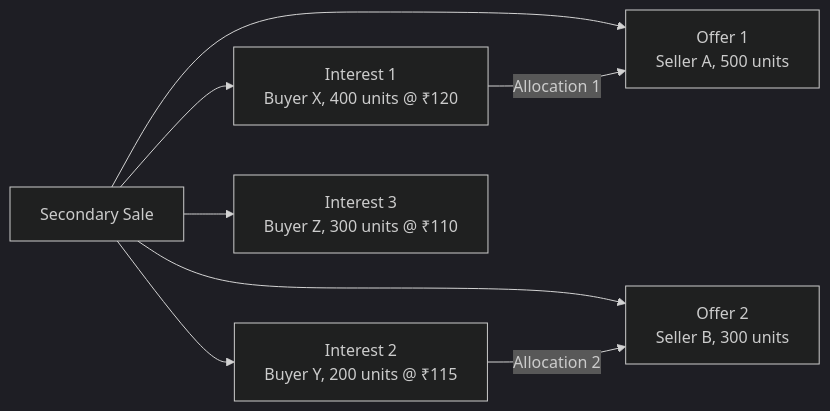
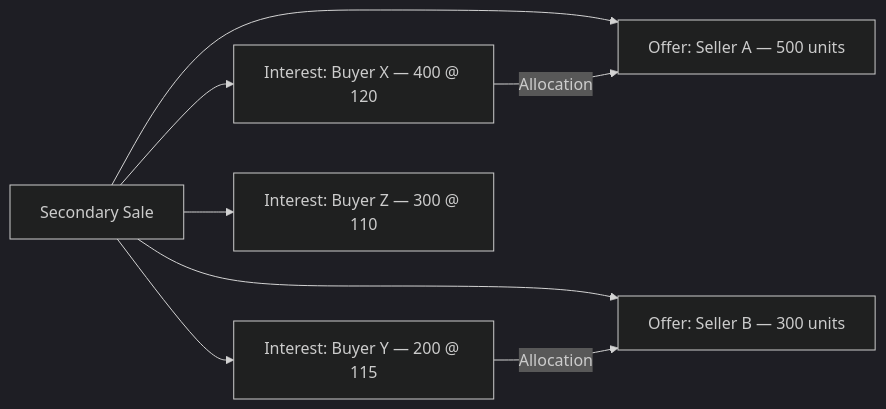
One commit to sampadadiwan/IRM_CompanyMain changed the first of 6 diagrams in docs/user_guides/secondary_sales_user_guide.md. Above: the diagram before and after it, drawn with Mermaid (dark theme). The commit also changed other lines of this file and 21 other files, not shown here.

````diff
--- a/docs/user_guides/secondary_sales_user_guide.md
+++ b/docs/user_guides/secondary_sales_user_guide.md
@@ -50,11 +50,10 @@
 ```mermaid
 graph LR
-    SS[Secondary Sale] --> O1[Offer 1\nSeller A, 500 units]
-    SS --> O2[Offer 2\nSeller B, 300 units]
-    SS --> I1[Interest 1\nBuyer X, 400 units @ ₹120]
-    SS --> I2[Interest 2\nBuyer Y, 200 units @ ₹115]
-    SS --> I3[Interest 3\nBuyer Z, 300 units @ ₹110]
-
-    I1 --"Allocation 1"--> O1
-    I2 --"Allocation 2"--> O2
+    SS[Secondary Sale] --> O1[Offer: Seller A — 500 units]
+    SS --> O2[Offer: Seller B — 300 units]
+    SS --> I1[Interest: Buyer X — 400 @ 120]
+    SS --> I2[Interest: Buyer Y — 200 @ 115]
+    SS --> I3[Interest: Buyer Z — 300 @ 110]
+    I1 -->|Allocation| O1
+    I2 -->|Allocation| O2
 ```
````
